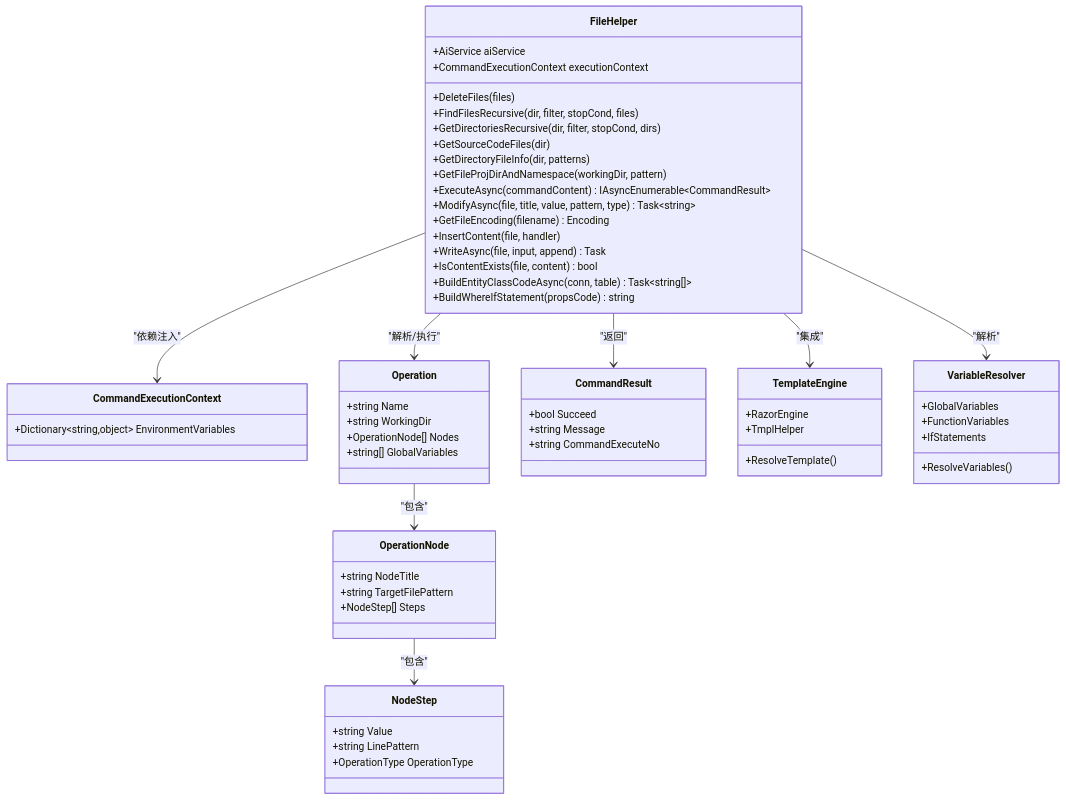
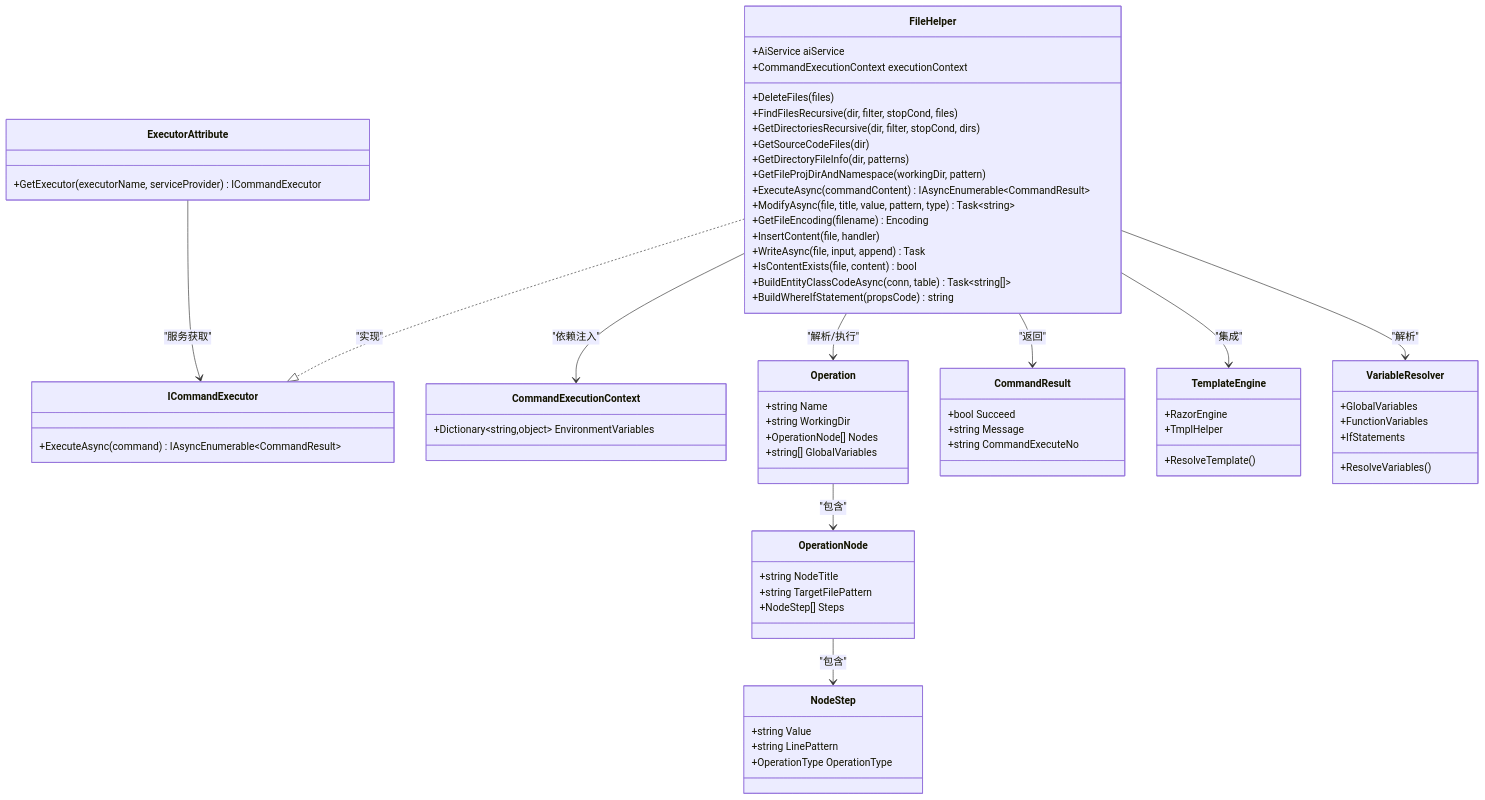
The second of 9 diagrams in .qoder/repowiki/zh/content/项目概述/核心特性/工具库系统/文件操作工具/文件操作工具.md (Sosososolong/AirGo), drawn with Mermaid before and after one commit. The commit also changed other lines of this file and 6 other files, not shown here.

````diff
--- a/.qoder/repowiki/zh/content/项目概述/核心特性/工具库系统/文件操作工具/文件操作工具.md
+++ b/.qoder/repowiki/zh/content/项目概述/核心特性/工具库系统/文件操作工具/文件操作工具.md
@@ -107,63 +124,71 @@
 ```mermaid
 classDiagram
 class FileHelper {
 +AiService aiService
 +CommandExecutionContext executionContext
 +DeleteFiles(files)
 +FindFilesRecursive(dir, filter, stopCond, files)
 +GetDirectoriesRecursive(dir, filter, stopCond, dirs)
 +GetSourceCodeFiles(dir)
 +GetDirectoryFileInfo(dir, patterns)
 +GetFileProjDirAndNamespace(workingDir, pattern)
 +ExecuteAsync(commandContent) IAsyncEnumerable~CommandResult~
 +ModifyAsync(file, title, value, pattern, type) Task~string~
 +GetFileEncoding(filename) Encoding
 +InsertContent(file, handler)
 +WriteAsync(file, input, append) Task
 +IsContentExists(file, content) bool
 +BuildEntityClassCodeAsync(conn, table) Task~string[]~
 +BuildWhereIfStatement(propsCode) string
 }
 class CommandExecutionContext {
 +Dictionary~string,object~ EnvironmentVariables
+}
+class ICommandExecutor {
++ExecuteAsync(command) IAsyncEnumerable~CommandResult~
+}
+class ExecutorAttribute {
++GetExecutor(executorName, serviceProvider) ICommandExecutor
 }
 class Operation {
 +string Name
 +string WorkingDir
 +OperationNode[] Nodes
 +string[] GlobalVariables
 }
 class OperationNode {
 +string NodeTitle
 +string TargetFilePattern
 +NodeStep[] Steps
 }
 class NodeStep {
 +string Value
 +string LinePattern
 +OperationType OperationType
 }
 class CommandResult {
 +bool Succeed
 +string Message
 +string CommandExecuteNo
 }
 class TemplateEngine {
 +RazorEngine
 +TmplHelper
 +ResolveTemplate()
 }
 class VariableResolver {
 +GlobalVariables
 +FunctionVariables
 +IfStatements
 +ResolveVariables()
 }
+FileHelper ..|> ICommandExecutor : "实现"
 FileHelper --> CommandExecutionContext : "依赖注入"
 FileHelper --> Operation : "解析/执行"
 Operation --> OperationNode : "包含"
 OperationNode --> NodeStep : "包含"
 FileHelper --> CommandResult : "返回"
 FileHelper --> TemplateEngine : "集成"
 FileHelper --> VariableResolver : "解析"
+ExecutorAttribute --> ICommandExecutor : "服务获取"
 ```
````
